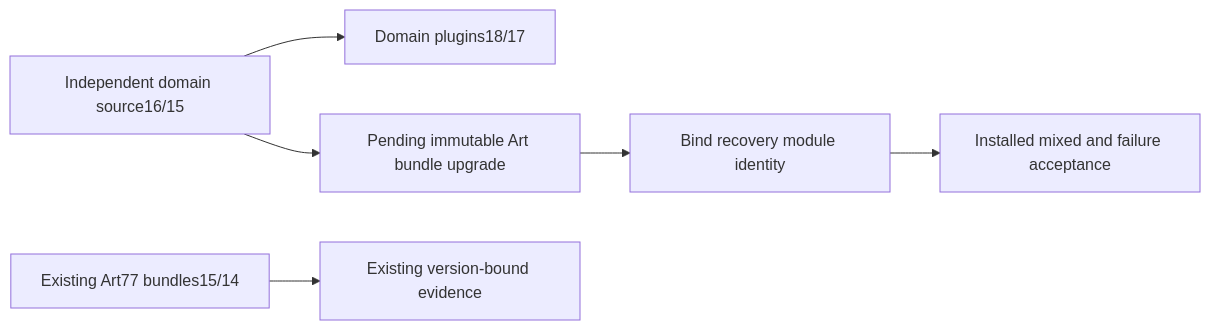
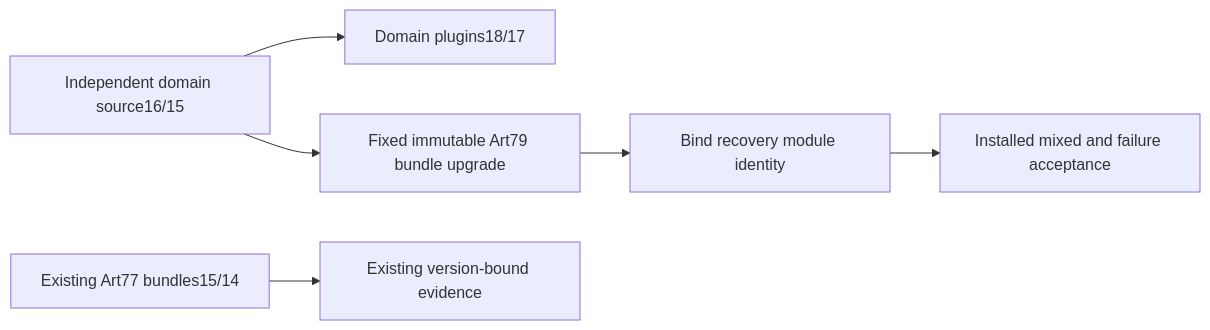
Before and after one commit to full-aigc-plugins/artcraft-plugin: the first of 2 diagrams in docs/ArtCraft-Failed-Stage-Integration-Architecture.md, drawn with Mermaid. The commit also changed other lines of this file and 8 other files, not shown here.

````diff
--- a/docs/ArtCraft-Failed-Stage-Integration-Architecture.md
+++ b/docs/ArtCraft-Failed-Stage-Integration-Architecture.md
@@ -9,8 +9,8 @@
 ```mermaid
 flowchart LR
     D[Independent domain source16/15] --> P[Domain plugins18/17]
-    D --> U[Pending immutable Art bundle upgrade]
+    D --> U[Fixed immutable Art79 bundle upgrade]
     U --> H[Bind recovery module identity]
     H --> T[Installed mixed and failure acceptance]
     O[Existing Art77 bundles15/14] --> E[Existing version-bound evidence]
 ```
````
